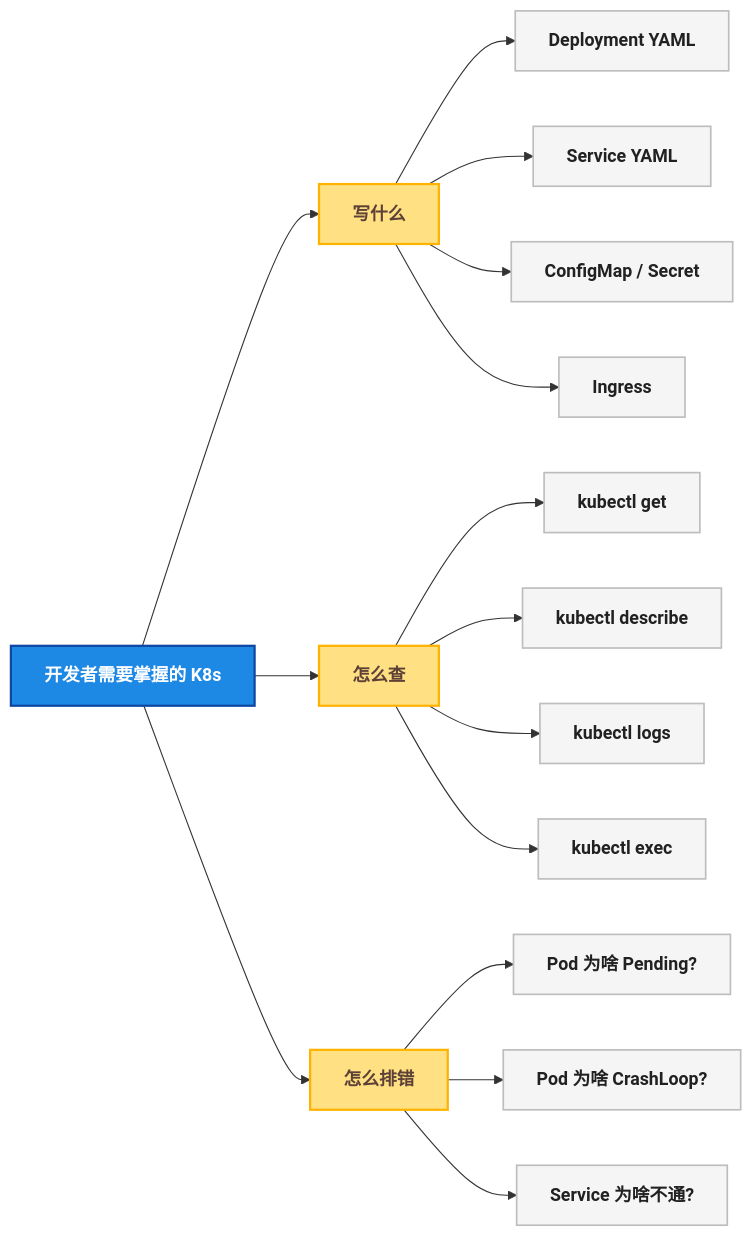
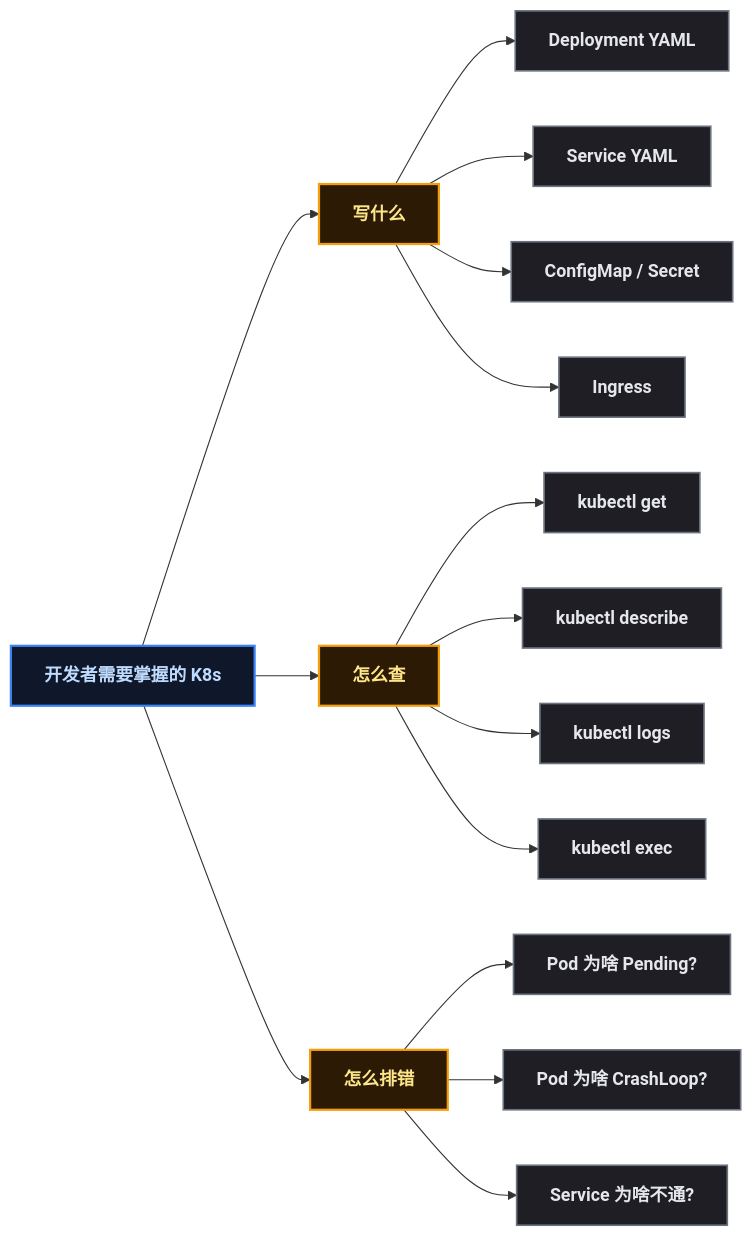
One commit to yaocat55/yaocat55.github.io changed the seventh of 7 diagrams in content/posts/kubernetes/K8sFoundationConcepts.md. Above: the diagram before and after it, drawn with Mermaid. The commit also changed other lines of this file and 155 other files, not shown here.

````diff
--- a/content/posts/kubernetes/K8sFoundationConcepts.md
+++ b/content/posts/kubernetes/K8sFoundationConcepts.md
@@ -610,30 +610,30 @@
 ```mermaid
 flowchart LR
   R["开发者需要掌握的 K8s"]
   R --> G1["写什么"]
   R --> G2["怎么查"]
   R --> G3["怎么排错"]
 
   G1 --> G1A["Deployment YAML"]
   G1 --> G1B["Service YAML"]
   G1 --> G1C["ConfigMap / Secret"]
   G1 --> G1D["Ingress"]
 
   G2 --> G2A["kubectl get"]
   G2 --> G2B["kubectl describe"]
   G2 --> G2C["kubectl logs"]
   G2 --> G2D["kubectl exec"]
 
   G3 --> G3A["Pod 为啥 Pending?"]
   G3 --> G3B["Pod 为啥 CrashLoop?"]
   G3 --> G3C["Service 为啥不通?"]
 
-  classDef root fill:#1E88E5,stroke:#0D47A1,stroke-width:2px,color:#FFFFFF,font-weight:bold
+classDef root fill:#0f172a,stroke:#3b82f6,stroke-width:2px,color:#bfdbfe,font-weight:bold;
   class R root
 
-  classDef branch fill:#FFE082,stroke:#FFB300,stroke-width:2px,color:#5D4037,font-weight:bold
+classDef branch fill:#2d1a05,stroke:#f59e0b,stroke-width:2px,color:#fde68a,font-weight:bold;
   class G1,G2,G3 branch
 
-  classDef leaf fill:#F5F5F5,stroke:#BDBDBD,stroke-width:1.5px,color:#212121
+classDef leaf fill:#1e1e24,stroke:#6b7280,stroke-width:1.5px,color:#e5e7eb;
   class G1A,G1B,G1C,G1D,G2A,G2B,G2C,G2D,G3A,G3B,G3C leaf
 ```
````
